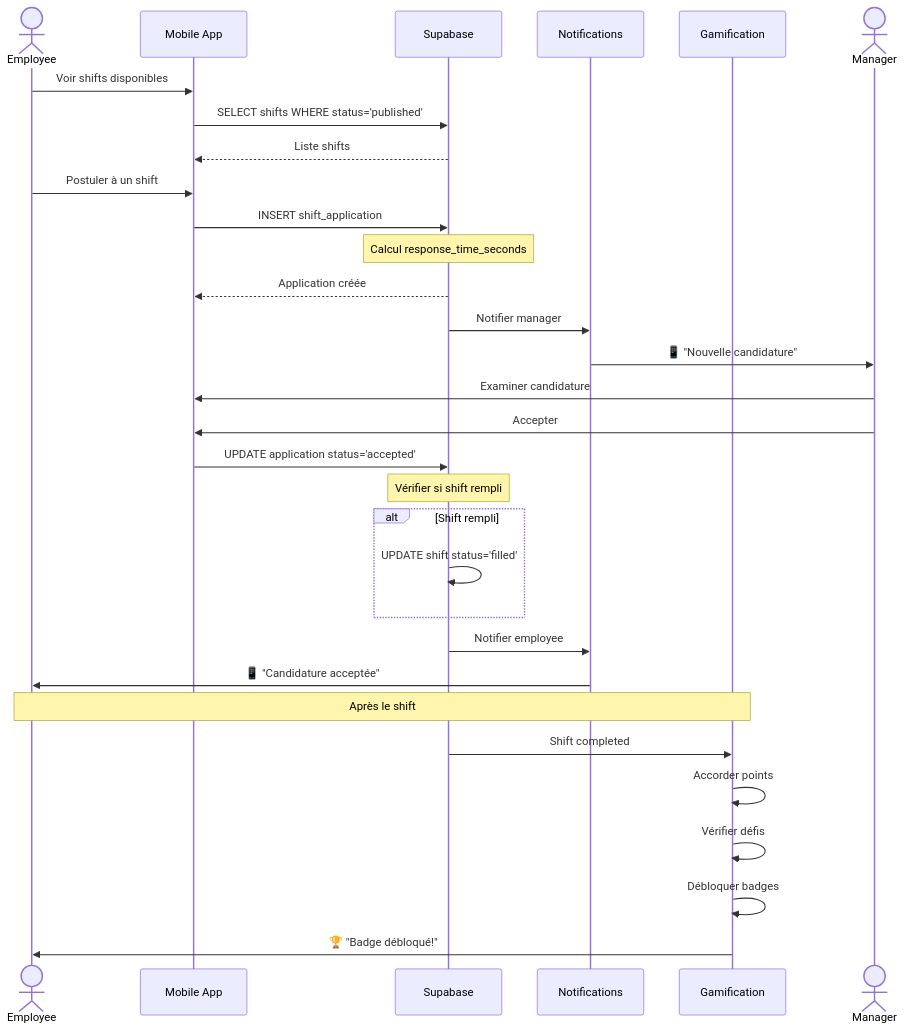
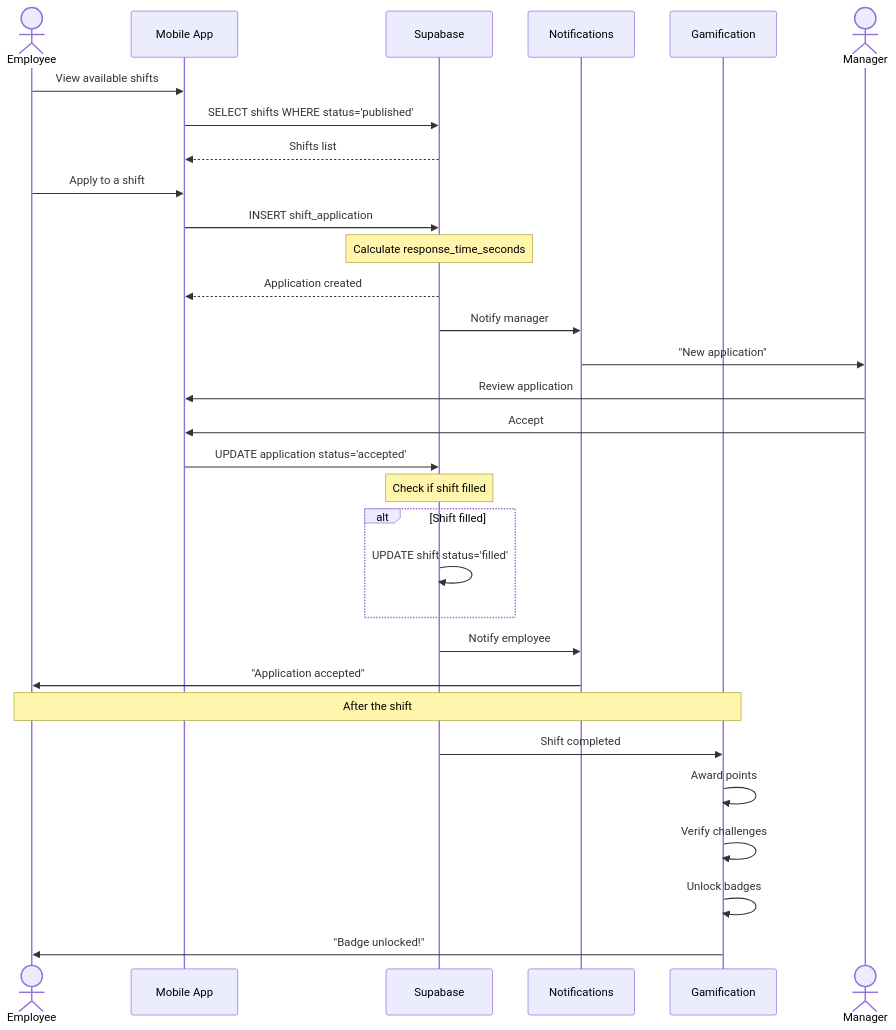
One commit to shiftexpress01/public changed the second of 8 diagrams in USER_FLOWS.md. Above: the diagram before and after it, drawn with Mermaid. The commit also changed other lines of this file, not shown here.

````diff
--- a/USER_FLOWS.md
+++ b/USER_FLOWS.md
@@ -40,40 +40,40 @@
 ```mermaid
 sequenceDiagram
     actor E as Employee
     participant M as Mobile App
     participant S as Supabase
     participant N as Notifications
     participant G as Gamification
     actor R as Manager
 
-    E->>M: Voir shifts disponibles
+    E->>M: View available shifts
     M->>S: SELECT shifts WHERE status='published'
-    S-->>M: Liste shifts
+    S-->>M: Shifts list
 
-    E->>M: Postuler à un shift
+    E->>M: Apply to a shift
     M->>S: INSERT shift_application
-    Note over S: Calcul response_time_seconds
-    S-->>M: Application créée
+    Note over S: Calculate response_time_seconds
+    S-->>M: Application created
 
-    S->>N: Notifier manager
-    N->>R: 📱 "Nouvelle candidature"
+    S->>N: Notify manager
+    N->>R: "New application"
 
-    R->>M: Examiner candidature
-    R->>M: Accepter
+    R->>M: Review application
+    R->>M: Accept
     M->>S: UPDATE application status='accepted'
 
-    Note over S: Vérifier si shift rempli
-    alt Shift rempli
+    Note over S: Check if shift filled
+    alt Shift filled
         S->>S: UPDATE shift status='filled'
     end
 
-    S->>N: Notifier employee
-    N->>E: 📱 "Candidature acceptée"
+    S->>N: Notify employee
+    N->>E: "Application accepted"
 
-    Note over E,G: Après le shift
+    Note over E,G: After the shift
     S->>G: Shift completed
-    G->>G: Accorder points
-    G->>G: Vérifier défis
-    G->>G: Débloquer badges
-    G->>E: 🏆 "Badge débloqué!"
+    G->>G: Award points
+    G->>G: Verify challenges
+    G->>G: Unlock badges
+    G->>E: "Badge unlocked!"
 ```
````
